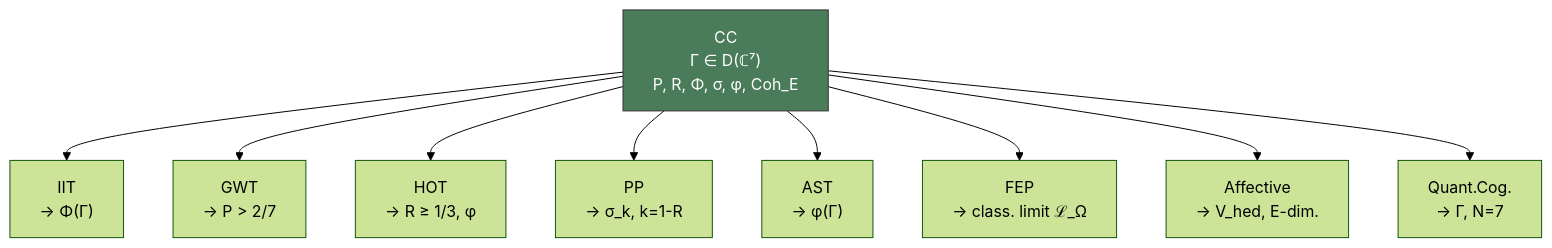
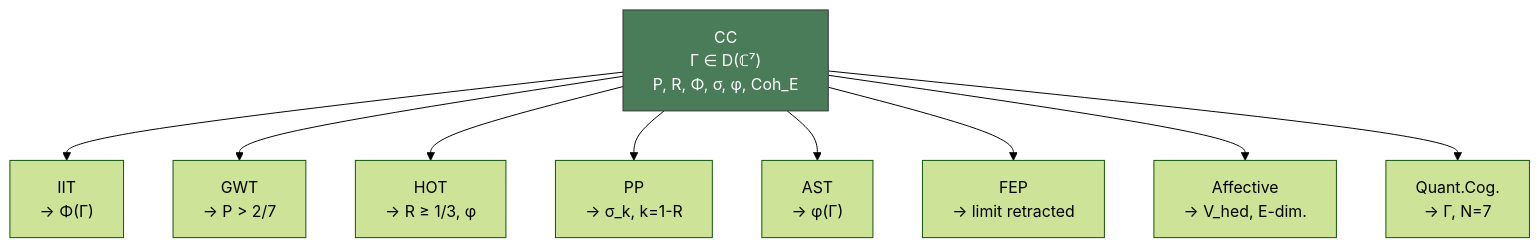
Before and after one commit to gst-st/uhm: the second of 2 diagrams in website/docs/consciousness/comparative/consciousness-theories.md, drawn with Mermaid (forest theme). The commit also changed other lines of this file and 11 other files, not shown here.

````diff
--- a/website/docs/consciousness/comparative/consciousness-theories.md
+++ b/website/docs/consciousness/comparative/consciousness-theories.md
@@ -2554,24 +2547,24 @@
 ```mermaid
 graph TD
     KK["CC<br/>Γ ∈ D(ℂ⁷)<br/>P, R, Φ, σ, φ, Coh_E"]
 
     IIT_P["IIT<br/>→ Φ(Γ)"]
     GWT_P["GWT<br/>→ P > 2/7"]
     HOT_P["HOT<br/>→ R ≥ 1/3, φ"]
     PP_P["PP<br/>→ σ_k, k=1-R"]
     AST_P["AST<br/>→ φ(Γ)"]
-    FEP_P["FEP<br/>→ class. limit ℒ_Ω"]
+    FEP_P["FEP<br/>→ limit retracted"]
     AFF["Affective<br/>→ V_hed, E-dim."]
     QC_P["Quant.Cog.<br/>→ Γ, N=7"]
 
     KK --> IIT_P
     KK --> GWT_P
     KK --> HOT_P
     KK --> PP_P
     KK --> AST_P
     KK --> FEP_P
     KK --> AFF
     KK --> QC_P
 
     style KK fill:#4a7c59,color:#fff,stroke:#333
 ```
````
